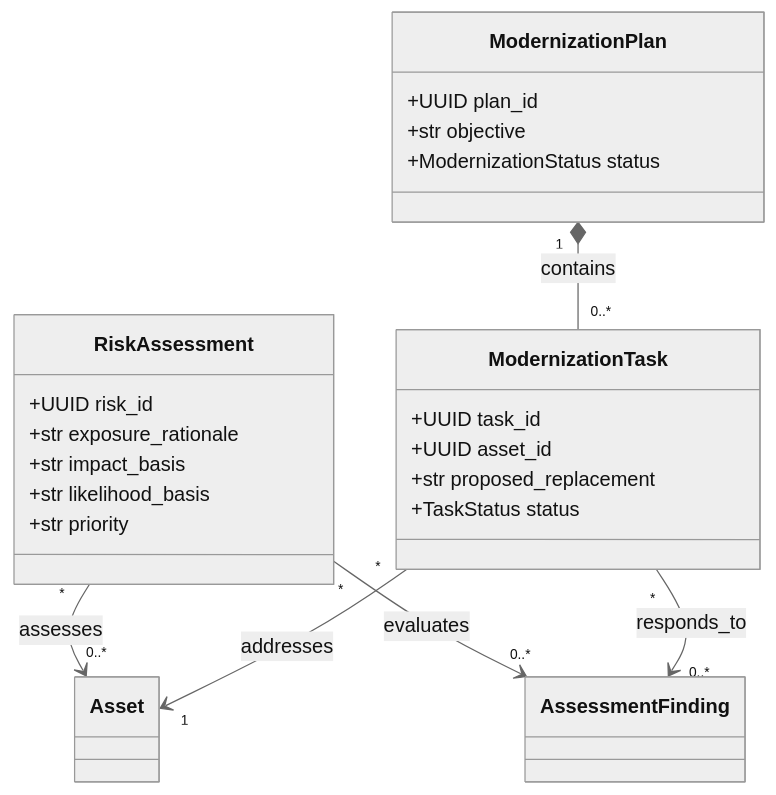
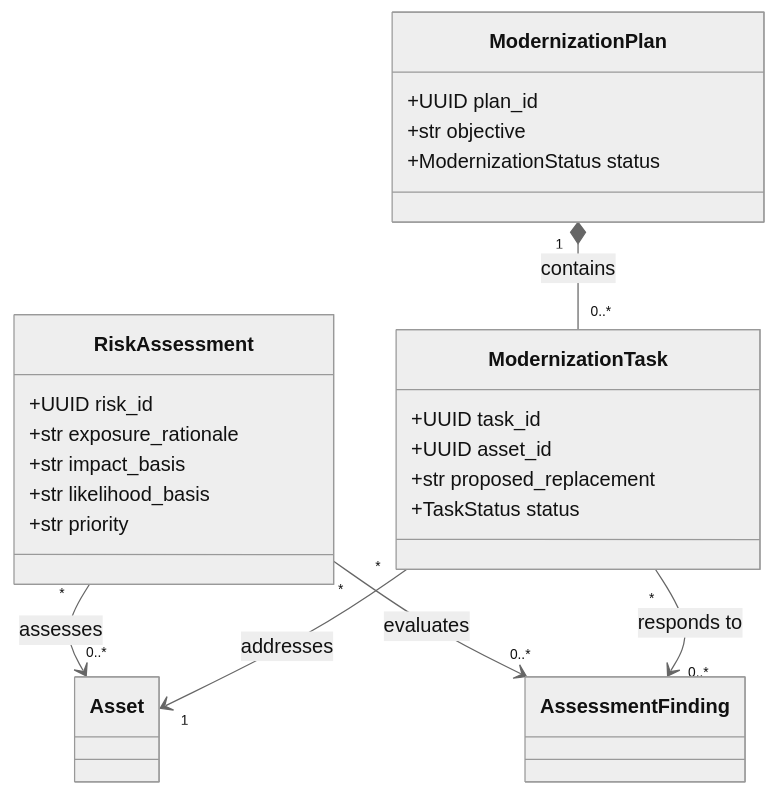
The eighth of 8 diagrams in docs/architecture/domain/domain-class-diagram.md (git-loa/cryptographic-inventory-pqc-risk-assessment), drawn with Mermaid (neutral theme) before and after one commit. The commit also changed other lines of this file and 9 other files, not shown here.

Commit message:
feature: refactor relationship rules / docs: rewrite domain architecture documentation

````diff
--- a/docs/architecture/domain/domain-class-diagram.md
+++ b/docs/architecture/domain/domain-class-diagram.md
@@ -360,30 +384,30 @@
 ```mermaid
 classDiagram
     class RiskAssessment {
         +UUID risk_id
         +str exposure_rationale
         +str impact_basis
         +str likelihood_basis
         +str priority
     }
 
     class ModernizationPlan {
         +UUID plan_id
         +str objective
         +ModernizationStatus status
     }
 
     class ModernizationTask {
         +UUID task_id
         +UUID asset_id
         +str proposed_replacement
         +TaskStatus status
     }
 
     RiskAssessment "*" --> "0..*" AssessmentFinding : evaluates
     RiskAssessment "*" --> "0..*" Asset : assesses
 
     ModernizationPlan "1" *-- "0..*" ModernizationTask : contains
     ModernizationTask "*" --> "1" Asset : addresses
-    ModernizationTask "*" --> "0..*" AssessmentFinding : responds_to
+    ModernizationTask "*" --> "0..*" AssessmentFinding : responds to
 ```
````
